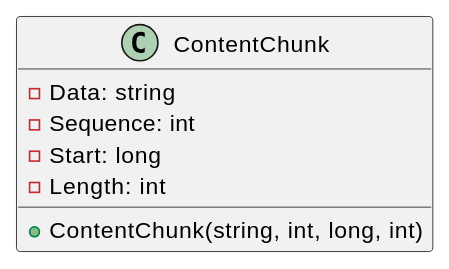
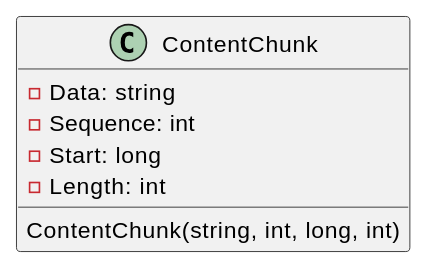
One commit to mwwhited-forks/dotnet-libs changed the first of 5 diagrams in docs/generated/Framework/Eliassen.System.Abstractions/IO/Documentation.md. Above: the diagram before and after it, drawn with PlantUML. The commit also changed other lines of this file and 444 other files, not shown here.

````diff
--- a/docs/generated/Framework/Eliassen.System.Abstractions/IO/Documentation.md
+++ b/docs/generated/Framework/Eliassen.System.Abstractions/IO/Documentation.md
@@ -14,12 +32,11 @@
 ```plantuml
 @startuml
 class ContentChunk {
   - Data: string
   - Sequence: int
   - Start: long
   - Length: int
-  + ContentChunk(string, int, long, int)
+  ContentChunk(string, int, long, int)
 }
-
 @enduml
 ```
````
